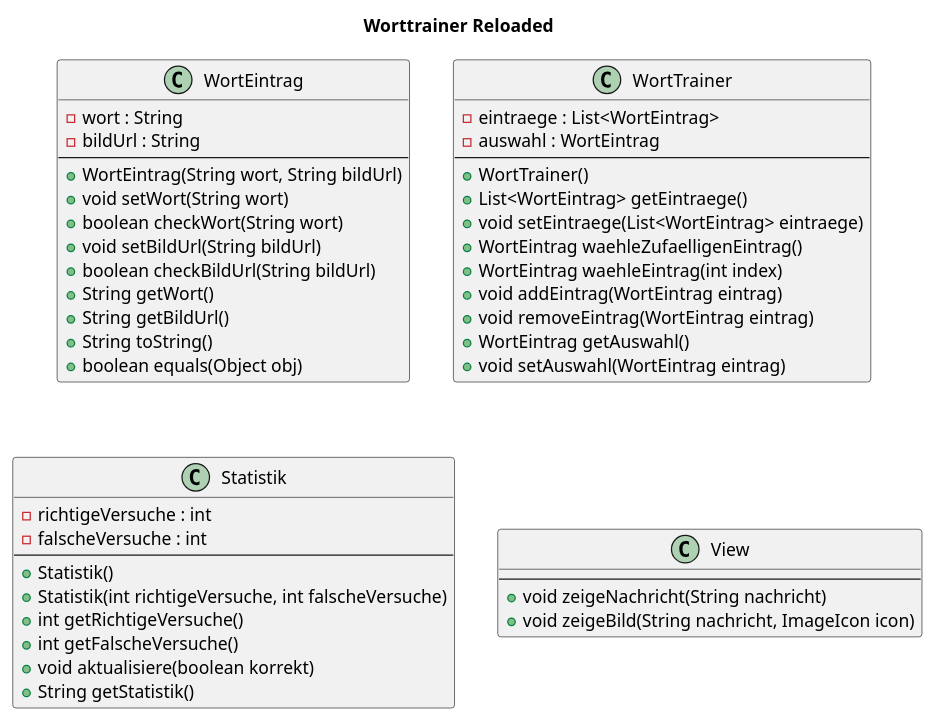
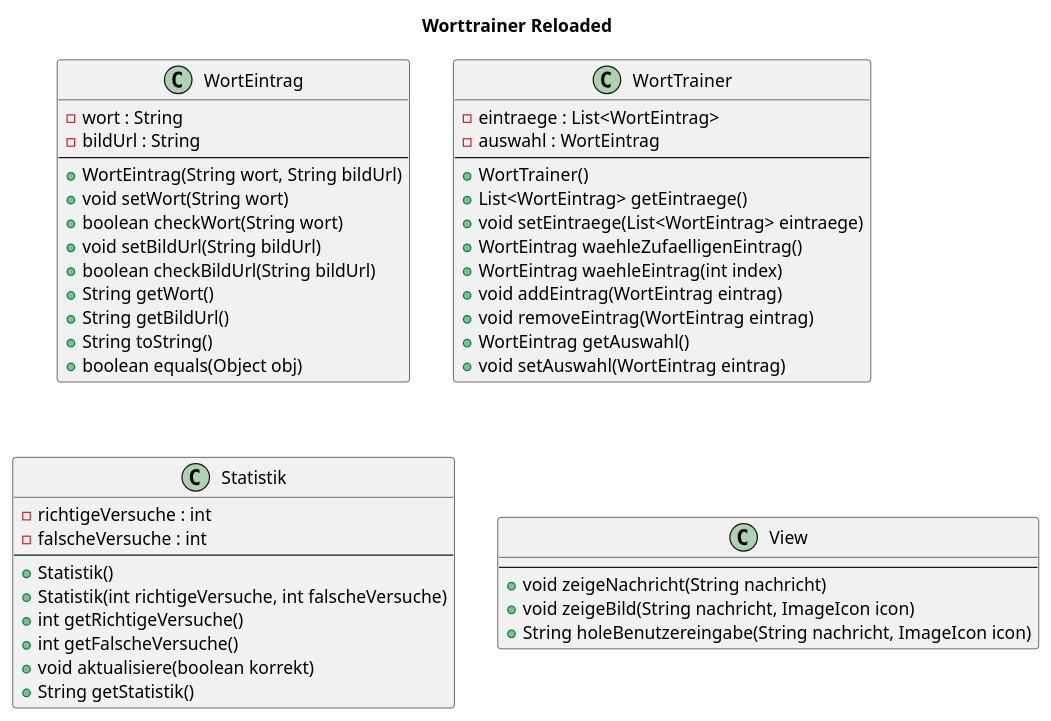
Before and after one commit to TGM-HIT/sew9-2425-worttrainer-fpolichetti: the diagram in UML/worttrainer_PUML.puml, drawn with PlantUML.

Commit message:
[FEATURE 5.3] [TESTING] View UML erweitert

```diff
--- a/UML/worttrainer_PUML.puml
+++ b/UML/worttrainer_PUML.puml
@@ -1,53 +1,54 @@
 @startuml
 title: Worttrainer Reloaded
 
 class WortEintrag {
   -wort : String
   -bildUrl : String
   --
   +WortEintrag(String wort, String bildUrl)
   +void setWort(String wort)
   +boolean checkWort(String wort)
   +void setBildUrl(String bildUrl)
   +boolean checkBildUrl(String bildUrl)
   +String getWort()
   +String getBildUrl()
   +String toString()
   +boolean equals(Object obj)
 }
 
 class WortTrainer {
   -eintraege : List<WortEintrag>
   -auswahl : WortEintrag
   --
   +WortTrainer()
   +List<WortEintrag> getEintraege()
   +void setEintraege(List<WortEintrag> eintraege)
   +WortEintrag waehleZufaelligenEintrag()
   +WortEintrag waehleEintrag(int index)
   +void addEintrag(WortEintrag eintrag)
   +void removeEintrag(WortEintrag eintrag)
   +WortEintrag getAuswahl()
   +void setAuswahl(WortEintrag eintrag)
 }
 
 class Statistik {
   -richtigeVersuche : int
   -falscheVersuche : int
   --
   +Statistik()
   +Statistik(int richtigeVersuche, int falscheVersuche)
   +int getRichtigeVersuche()
   +int getFalscheVersuche()
   +void aktualisiere(boolean korrekt)
   +String getStatistik()
 }
 
 class View {
   --
   +void zeigeNachricht(String nachricht)
   +void zeigeBild(String nachricht, ImageIcon icon)
+  +String holeBenutzereingabe(String nachricht, ImageIcon icon)
 }
 
 
 @enduml
```
